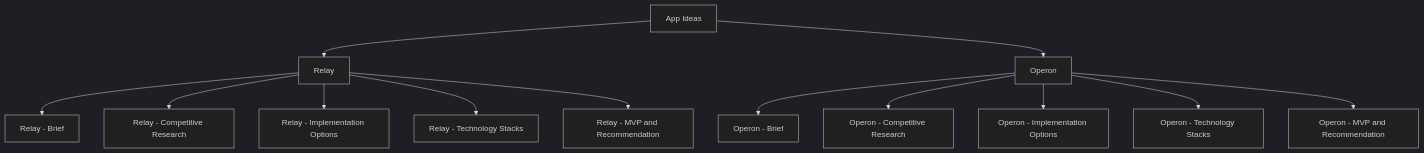
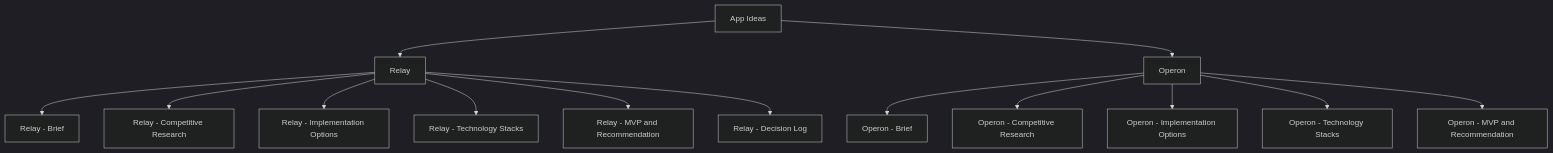
The diagram in App Ideas/App Ideas.md (Nitinsudarshan/MindME), drawn with Mermaid (dark theme) before and after one commit. The commit also changed other lines of this file and 2 other files, not shown here.

First line of the commit message:
Add Relay - Decision Log via Decision Loop interview

````diff
--- a/App Ideas/App Ideas.md
+++ b/App Ideas/App Ideas.md
@@ -19,16 +19,17 @@
 ```mermaid
 flowchart TD
     A[App Ideas]
     A --> R[Relay]
     A --> O[Operon]
     R --> R1[Relay - Brief]
     R --> R2[Relay - Competitive Research]
     R --> R3[Relay - Implementation Options]
     R --> R4[Relay - Technology Stacks]
     R --> R5[Relay - MVP and Recommendation]
+    R --> R6[Relay - Decision Log]
     O --> O1[Operon - Brief]
     O --> O2[Operon - Competitive Research]
     O --> O3[Operon - Implementation Options]
     O --> O4[Operon - Technology Stacks]
     O --> O5[Operon - MVP and Recommendation]
 ```
````
